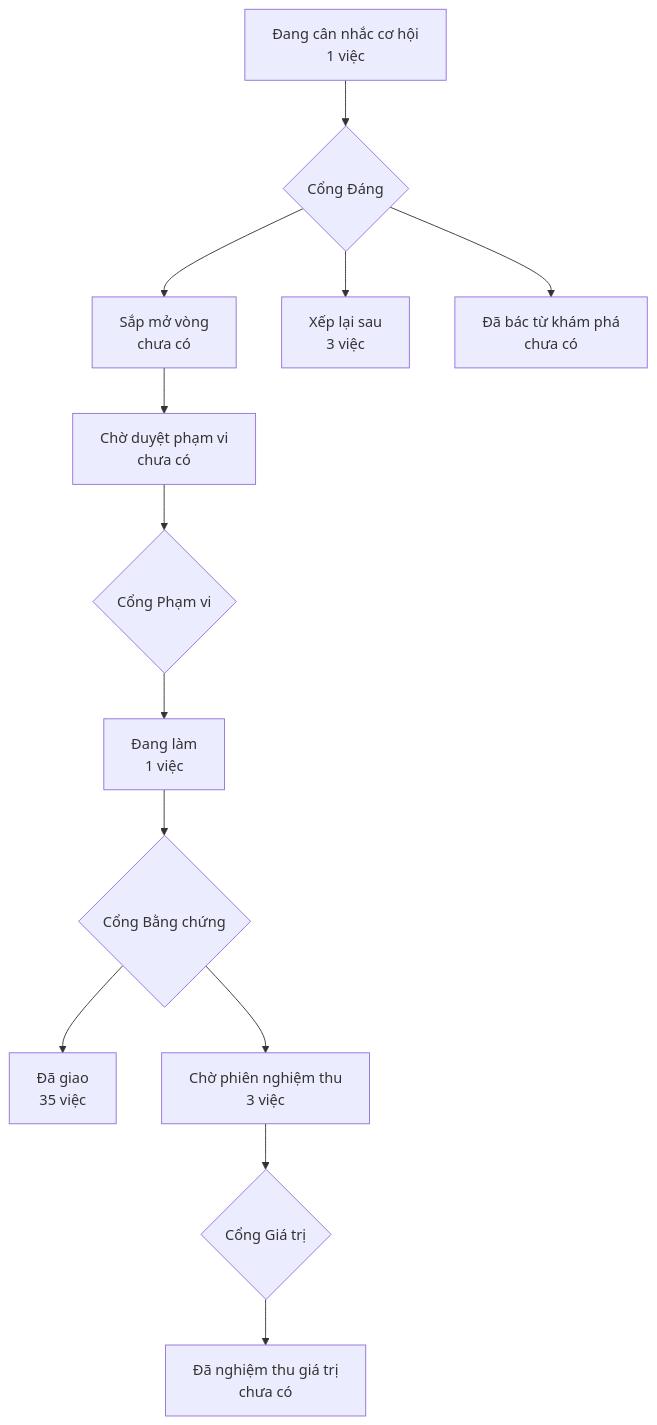
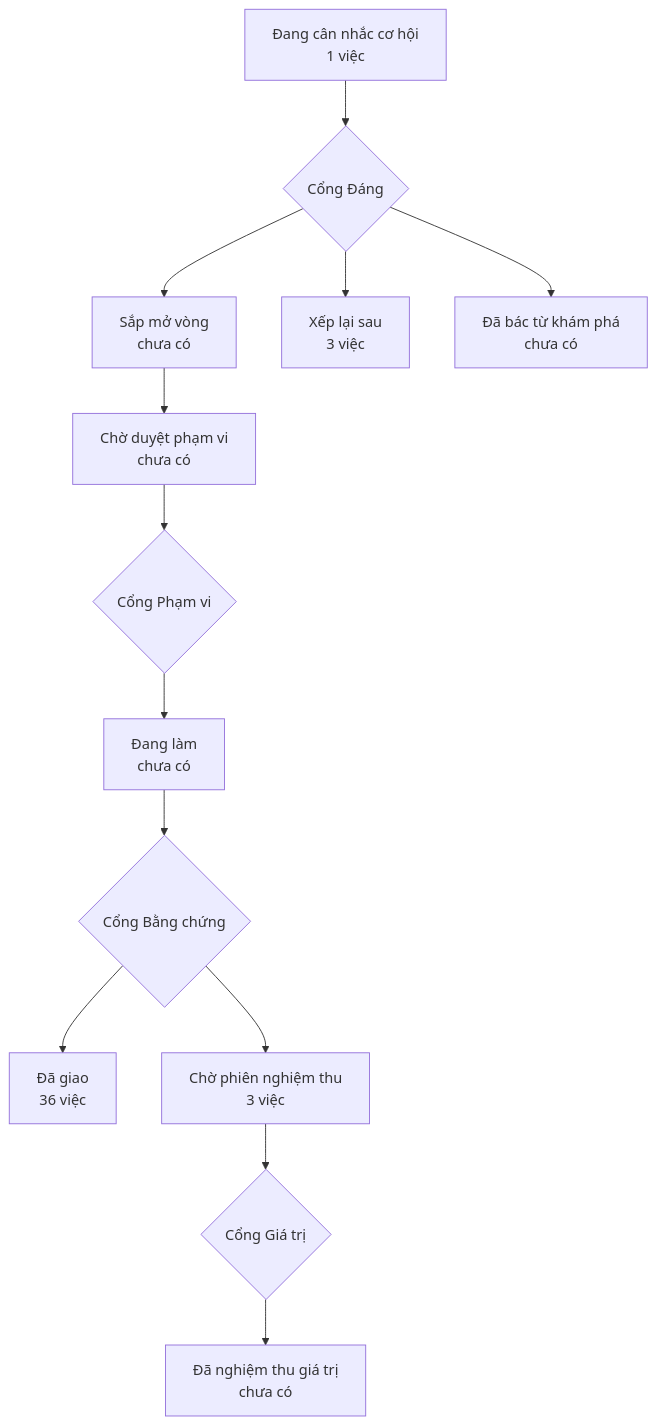
Before and after one commit to phanlemanh/OneFlow: the diagram in PRODUCT-MAP.md, drawn with Mermaid. The commit also changed 3 other files, not shown here.

````diff
--- a/PRODUCT-MAP.md
+++ b/PRODUCT-MAP.md
@@ -6,12 +6,12 @@
 ```mermaid
 flowchart TD
   A["Đang cân nhắc cơ hội<br/>1 việc"] --> GD{"Cổng Đáng"}
   GD --> B["Sắp mở vòng<br/>chưa có"]
   GD --> XL["Xếp lại sau<br/>3 việc"]
   GD --> DB["Đã bác từ khám phá<br/>chưa có"]
   B --> CD["Chờ duyệt phạm vi<br/>chưa có"] --> GP{"Cổng Phạm vi"}
-  GP --> DL["Đang làm<br/>1 việc"] --> GB{"Cổng Bằng chứng"}
-  GB --> DG["Đã giao<br/>35 việc"]
+  GP --> DL["Đang làm<br/>chưa có"] --> GB{"Cổng Bằng chứng"}
+  GB --> DG["Đã giao<br/>36 việc"]
   GB --> CN["Chờ phiên nghiệm thu<br/>3 việc"] --> GG{"Cổng Giá trị"}
   GG --> NT["Đã nghiệm thu giá trị<br/>chưa có"]
 ```
````
